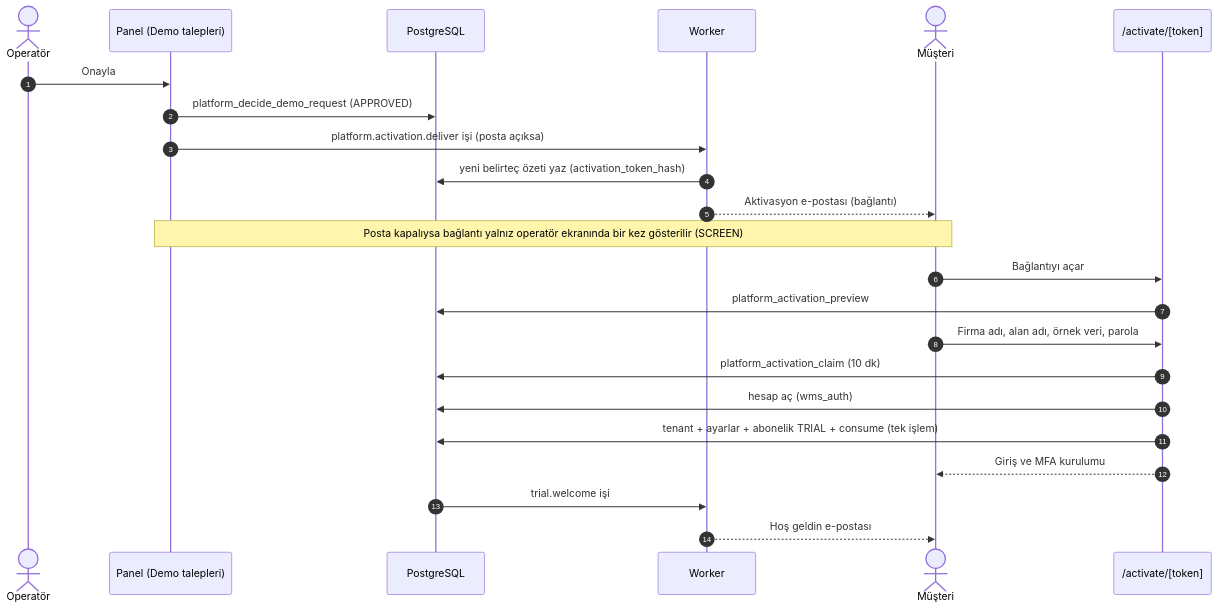
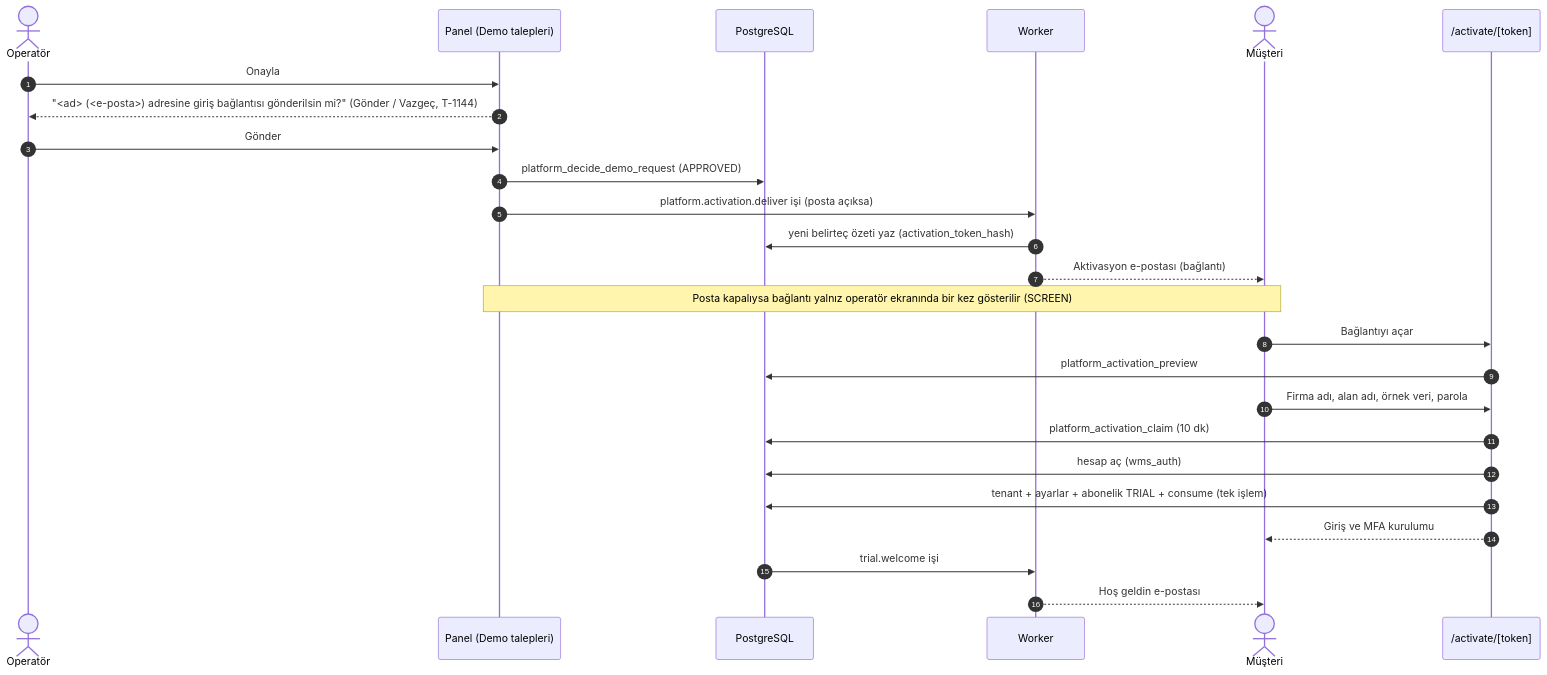
One commit to shosgoren/EtkinWMS changed the second of 15 diagrams in docs/fonksiyonel-mimari/02d-yonetim-paneli-site-entegrasyon.md. Above: the diagram before and after it, drawn with Mermaid. The commit also changed other lines of this file and 26 other files, not shown here.

````diff
--- a/docs/fonksiyonel-mimari/02d-yonetim-paneli-site-entegrasyon.md
+++ b/docs/fonksiyonel-mimari/02d-yonetim-paneli-site-entegrasyon.md
@@ -119,25 +119,27 @@
 ```mermaid
 sequenceDiagram
     autonumber
     actor O as Operatör
     participant P as Panel (Demo talepleri)
     participant DB as PostgreSQL
     participant K as Worker
     actor M as Müşteri
     participant A as /activate/[token]
     O->>P: Onayla
+    P-->>O: "<ad> (<e-posta>) adresine giriş bağlantısı gönderilsin mi?" (Gönder / Vazgeç, T-1144)
+    O->>P: Gönder
     P->>DB: platform_decide_demo_request (APPROVED)
     P->>K: platform.activation.deliver işi (posta açıksa)
     K->>DB: yeni belirteç özeti yaz (activation_token_hash)
     K-->>M: Aktivasyon e-postası (bağlantı)
     Note over P,M: Posta kapalıysa bağlantı yalnız operatör ekranında bir kez gösterilir (SCREEN)
     M->>A: Bağlantıyı açar
     A->>DB: platform_activation_preview
     M->>A: Firma adı, alan adı, örnek veri, parola
     A->>DB: platform_activation_claim (10 dk)
     A->>DB: hesap aç (wms_auth)
     A->>DB: tenant + ayarlar + abonelik TRIAL + consume (tek işlem)
     A-->>M: Giriş ve MFA kurulumu
     DB->>K: trial.welcome işi
     K-->>M: Hoş geldin e-postası
 ```
````
